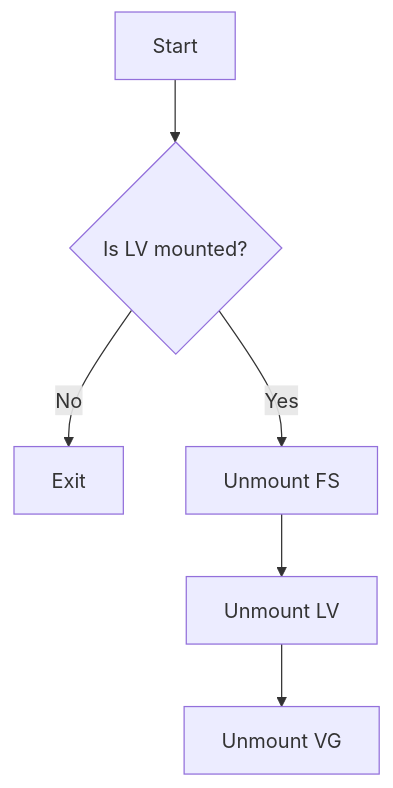
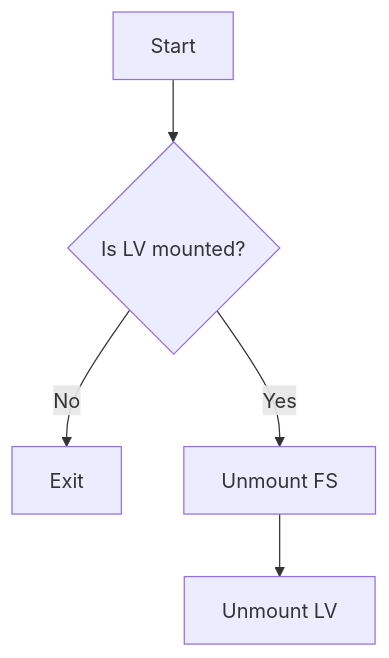
The second of 2 diagrams in mount_unmount_flowchart.md (emmahone/LVM-Operator-overview), drawn with Mermaid before and after one commit. The commit also changed other lines of this file, not shown here.

````diff
--- a/mount_unmount_flowchart.md
+++ b/mount_unmount_flowchart.md
@@ -38,8 +38,7 @@
   ```mermaid
   graph TD
   A[Start] --> B{Is LV mounted?}
   B --> |No| C[Exit]
   B --> |Yes| D[Unmount FS]
   D --> E[Unmount LV]
-  E --> F[Unmount VG]
   ```
````
